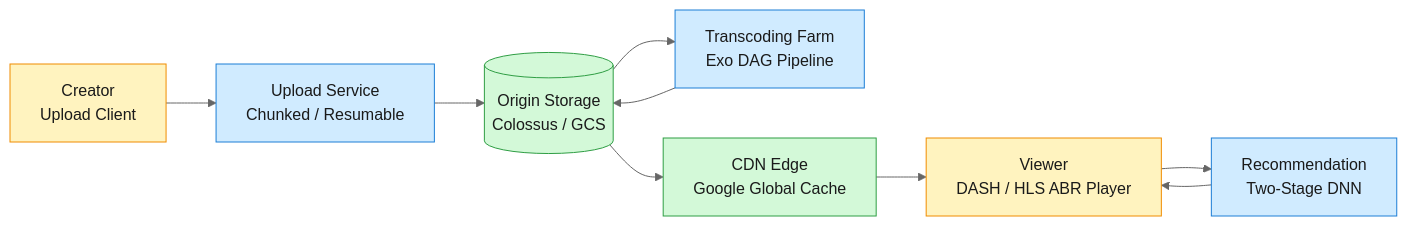
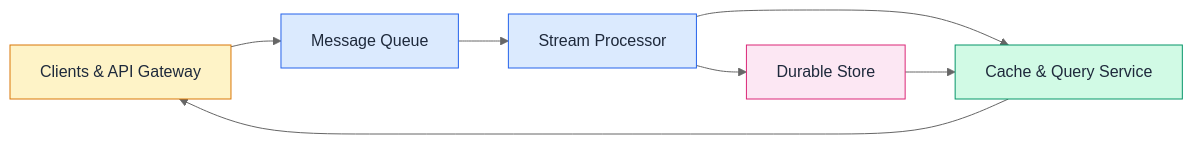
The first of 3 diagrams in _posts/2026-06-30-system-design-youtube.md (iliazlobin/iliazlobin.github.io), drawn with Mermaid (neutral theme) before and after one commit. The commit also changed other lines of this file and 45 other files, not shown here.

First line of the commit message:
Republish all posts from Notion: fix mermaid errors, drop §7 Trade-offs (#88)

````diff
--- a/_posts/2026-06-30-system-design-youtube.md
+++ b/_posts/2026-06-30-system-design-youtube.md
@@ -18,17 +18,18 @@
 ```mermaid
 graph LR
-    A[Creator<br/>Upload Client] --> B[Upload Service<br/>Chunked / Resumable]
-    B --> C[(Origin Storage<br/>Colossus / GCS)]
-    C --> D[Transcoding Farm<br/>Exo DAG Pipeline]
-    D --> C
-    C --> E[CDN Edge<br/>Google Global Cache]
-    E --> F[Viewer<br/>DASH / HLS ABR Player]
-    G[Recommendation<br/>Two-Stage DNN] --> F
-    F --> G
-    classDef edge fill:#fff3bf,stroke:#f08c00,color:#1a1a1a;
-    classDef svc fill:#d0ebff,stroke:#1c7ed6,color:#1a1a1a;
-    classDef store fill:#d3f9d8,stroke:#2f9e44,color:#1a1a1a;
-    class A,F edge;
-    class B,D,G svc;
-    class C,E store;
+    A[Clients &amp; API Gateway] --> B[Message Queue]
+    B --> C[Stream Processor]
+    C --> D[Durable Store]
+    C --> E[Cache &amp; Query Service]
+    D --> E
+    E --> A
+
+    classDef api fill:#fef3c7,stroke:#d97706,color:#1e293b
+    classDef stream fill:#dbeafe,stroke:#2563eb,color:#1e293b
+    classDef store fill:#fce7f3,stroke:#db2777,color:#1e293b
+    classDef cache fill:#d1fae5,stroke:#059669,color:#1e293b
+    class A,E api
+    class B,C stream
+    class D store
+    class E cache
 ```
````
